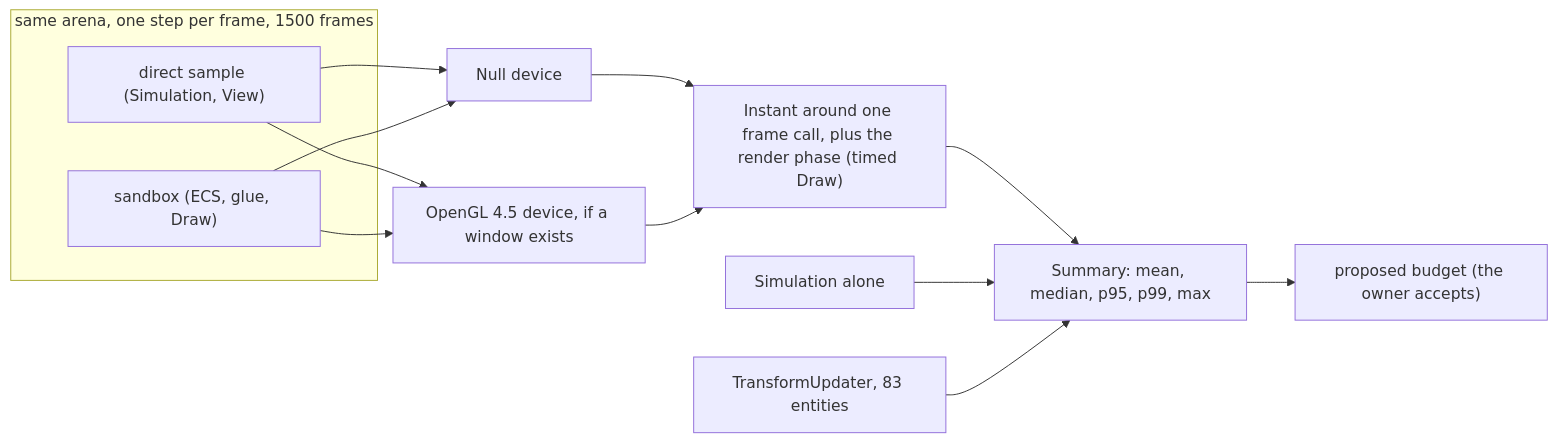
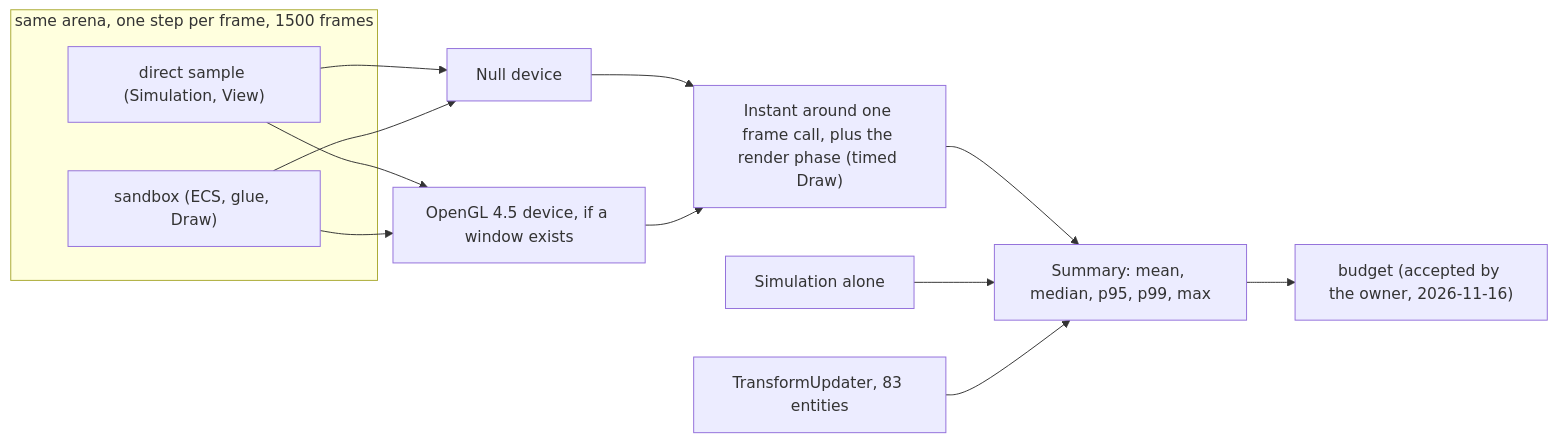
Diagram 11 of 11 in wiki/architecture/ecs-and-sandbox-v0.md (giamat90/DuckEngine), drawn with Mermaid before and after one commit. The commit also changed other lines of this file and 3 other files, not shown here.

First line of the commit message:
docs(wiki): record the accepted frame budget (7-15) (#69)

````diff
--- a/wiki/architecture/ecs-and-sandbox-v0.md
+++ b/wiki/architecture/ecs-and-sandbox-v0.md
@@ -416,17 +416,17 @@
 ```mermaid
 flowchart LR
   subgraph Same["same arena, one step per frame, 1500 frames"]
     D["direct sample (Simulation, View)"]
     X["sandbox (ECS, glue, Draw)"]
   end
   D --> N["Null device"]
   X --> N
   D --> G["OpenGL 4.5 device, if a window exists"]
   X --> G
   N --> T["Instant around one frame call, plus the render phase (timed Draw)"]
   G --> T
   T --> Sm["Summary: mean, median, p95, p99, max"]
   P["Simulation alone"] --> Sm
   U["TransformUpdater, 83 entities"] --> Sm
-  Sm --> B["proposed budget (the owner accepts)"]
+  Sm --> B["budget (accepted by the owner, 2026-11-16)"]
 ```
````
